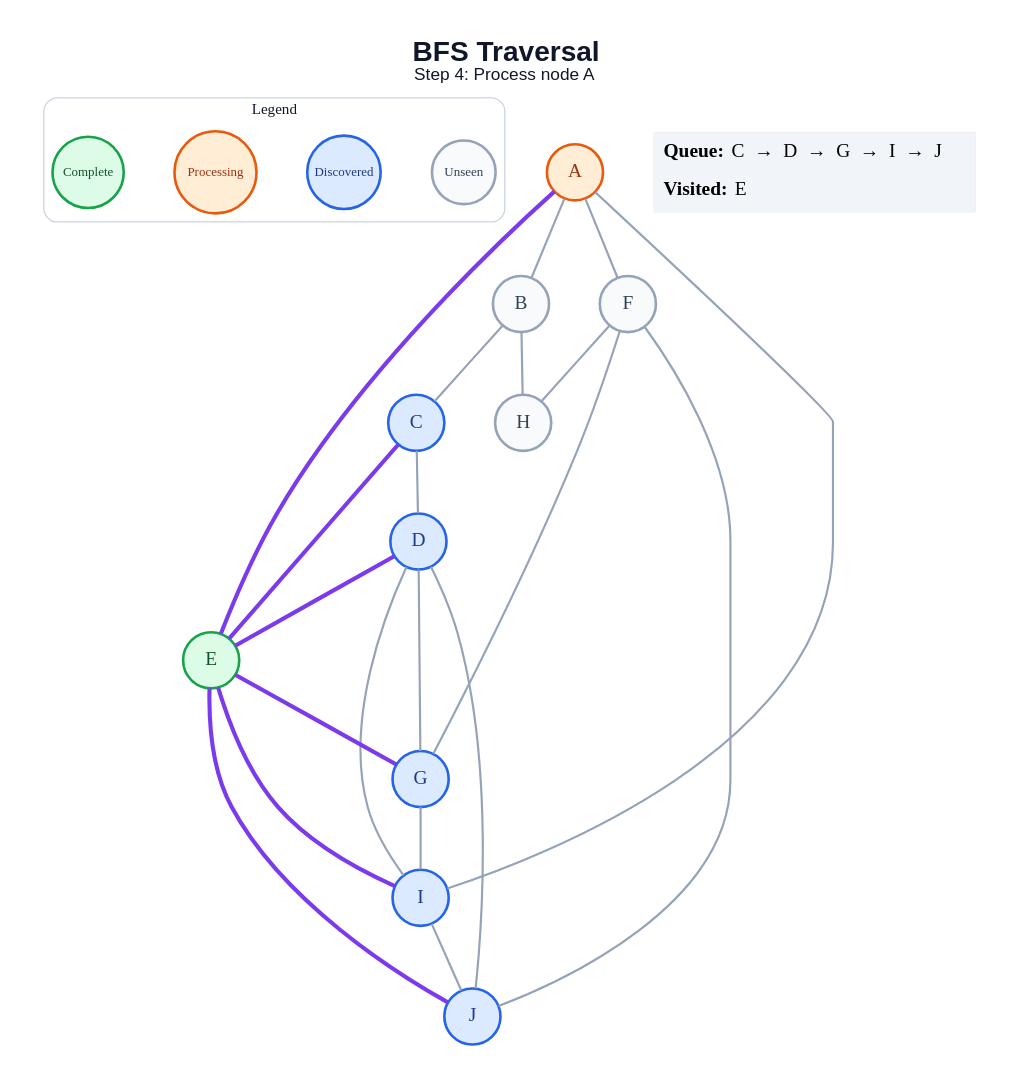
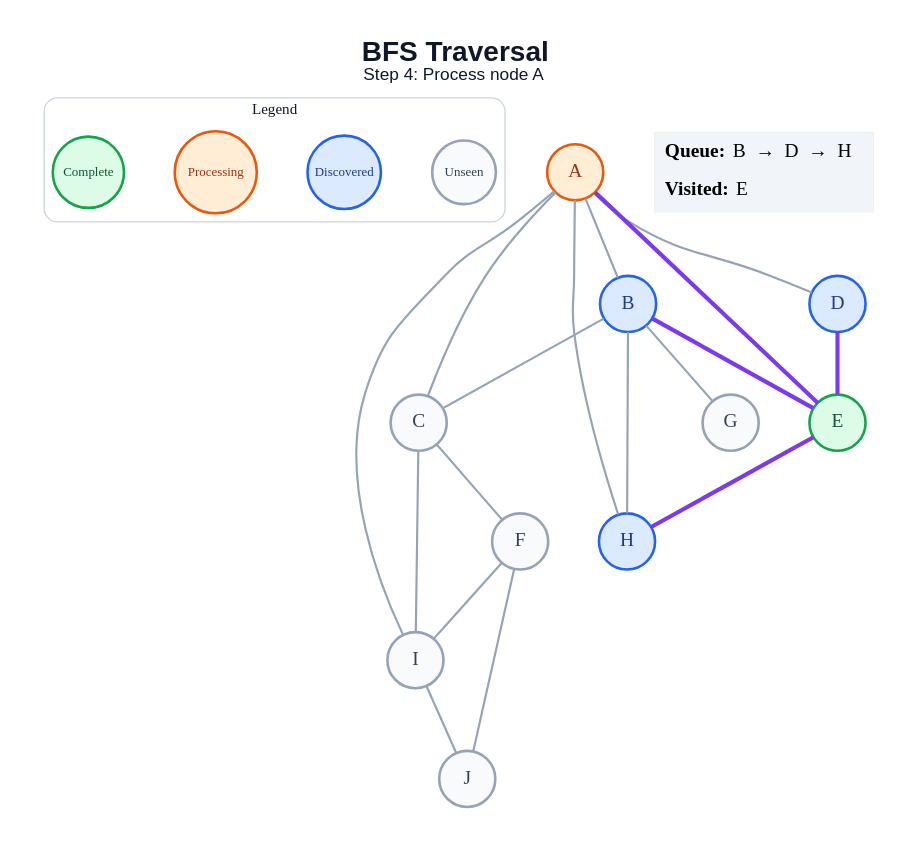
The diagram in generated/specific-node/bfs/step_04.dot (amanghodawala9/ai-slop), drawn with Graphviz before and after one commit. The commit also changed 178 other files, not shown here.

```diff
--- a/generated/specific-node/bfs/step_04.dot
+++ b/generated/specific-node/bfs/step_04.dot
@@ -1,49 +1,46 @@
 graph traversal {
   graph [layout=dot, rankdir=TB, bgcolor="#FFFFFF", pad="0.35", nodesep="0.65", ranksep="0.8", fontname="Arial"];
   node [shape=circle, style="filled", fontname="Arial Bold", fontsize=18, width=0.72, fixedsize=true, penwidth=2.4];
   edge [color="#94A3B8", penwidth=2.0];
   label=<<B>BFS Traversal</B><BR/><FONT POINT-SIZE="16">Step 4: Process node A</FONT>>; labelloc="t"; fontsize=26; fontname="Arial"; fontcolor="#0F172A";
   subgraph cluster_legend { label="Legend"; color="#CBD5E1"; penwidth=1.2; style="rounded"; fontsize=14; fontname="Arial Bold";
     key_unseen [label="Unseen", fillcolor="#F8FAFC", color="#94A3B8", fontcolor="#334155", fontsize=12, width=0.82];
     key_frontier [label="Discovered", fillcolor="#DBEAFE", color="#2563EB", fontcolor="#1E3A8A", fontsize=12, width=0.95];
     key_current [label="Processing", fillcolor="#FFEDD5", color="#EA580C", fontcolor="#9A3412", fontsize=12, width=1.05];
     key_done [label="Complete", fillcolor="#DCFCE7", color="#16A34A", fontcolor="#14532D", fontsize=12, width=0.92];
     { rank=same; key_unseen; key_frontier; key_current; key_done; }
   }
   A [fillcolor="#FFEDD5", color="#EA580C", fontcolor="#9A3412"];
-  B [fillcolor="#F8FAFC", color="#94A3B8", fontcolor="#334155"];
-  C [fillcolor="#DBEAFE", color="#2563EB", fontcolor="#1E3A8A"];
+  B [fillcolor="#DBEAFE", color="#2563EB", fontcolor="#1E3A8A"];
+  C [fillcolor="#F8FAFC", color="#94A3B8", fontcolor="#334155"];
   D [fillcolor="#DBEAFE", color="#2563EB", fontcolor="#1E3A8A"];
   E [fillcolor="#DCFCE7", color="#16A34A", fontcolor="#14532D"];
   F [fillcolor="#F8FAFC", color="#94A3B8", fontcolor="#334155"];
-  G [fillcolor="#DBEAFE", color="#2563EB", fontcolor="#1E3A8A"];
-  H [fillcolor="#F8FAFC", color="#94A3B8", fontcolor="#334155"];
-  I [fillcolor="#DBEAFE", color="#2563EB", fontcolor="#1E3A8A"];
-  J [fillcolor="#DBEAFE", color="#2563EB", fontcolor="#1E3A8A"];
+  G [fillcolor="#F8FAFC", color="#94A3B8", fontcolor="#334155"];
+  H [fillcolor="#DBEAFE", color="#2563EB", fontcolor="#1E3A8A"];
+  I [fillcolor="#F8FAFC", color="#94A3B8", fontcolor="#334155"];
+  J [fillcolor="#F8FAFC", color="#94A3B8", fontcolor="#334155"];
   A -- B;
+  A -- C;
+  A -- D;
   A -- E [color="#7C3AED", penwidth=3.8];
-  A -- F;
+  A -- H;
   A -- I;
   B -- C;
+  B -- E [color="#7C3AED", penwidth=3.8];
+  B -- G;
   B -- H;
-  C -- D;
-  C -- E [color="#7C3AED", penwidth=3.8];
+  C -- F;
+  C -- I;
   D -- E [color="#7C3AED", penwidth=3.8];
-  D -- G;
-  D -- I;
-  D -- J;
-  E -- G [color="#7C3AED", penwidth=3.8];
-  E -- I [color="#7C3AED", penwidth=3.8];
-  E -- J [color="#7C3AED", penwidth=3.8];
-  F -- G;
-  F -- H;
+  E -- H [color="#7C3AED", penwidth=3.8];
+  F -- I;
   F -- J;
-  G -- I;
   I -- J;
   status [shape=plain, fixedsize=false, width=0, height=0, margin=0, label=<
     <TABLE BORDER="0" CELLBORDER="0" CELLPADDING="7" BGCOLOR="#F1F5F9">
-      <TR><TD ALIGN="LEFT"><B>Queue:</B> C  →  D  →  G  →  I  →  J</TD></TR>
+      <TR><TD ALIGN="LEFT"><B>Queue:</B> B  →  D  →  H</TD></TR>
       <TR><TD ALIGN="LEFT"><B>Visited:</B> E</TD></TR>
     </TABLE>
   >];
 }
```
